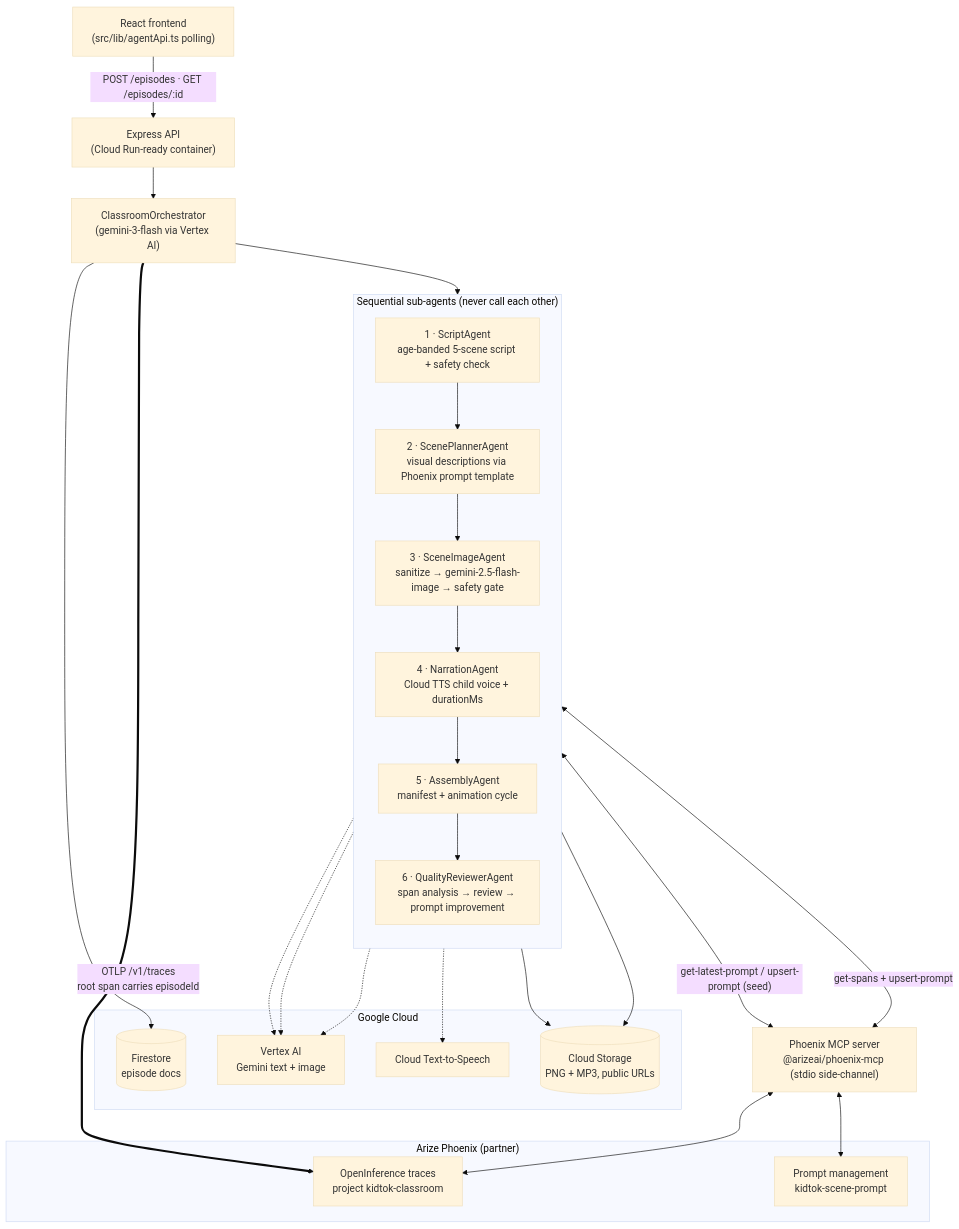
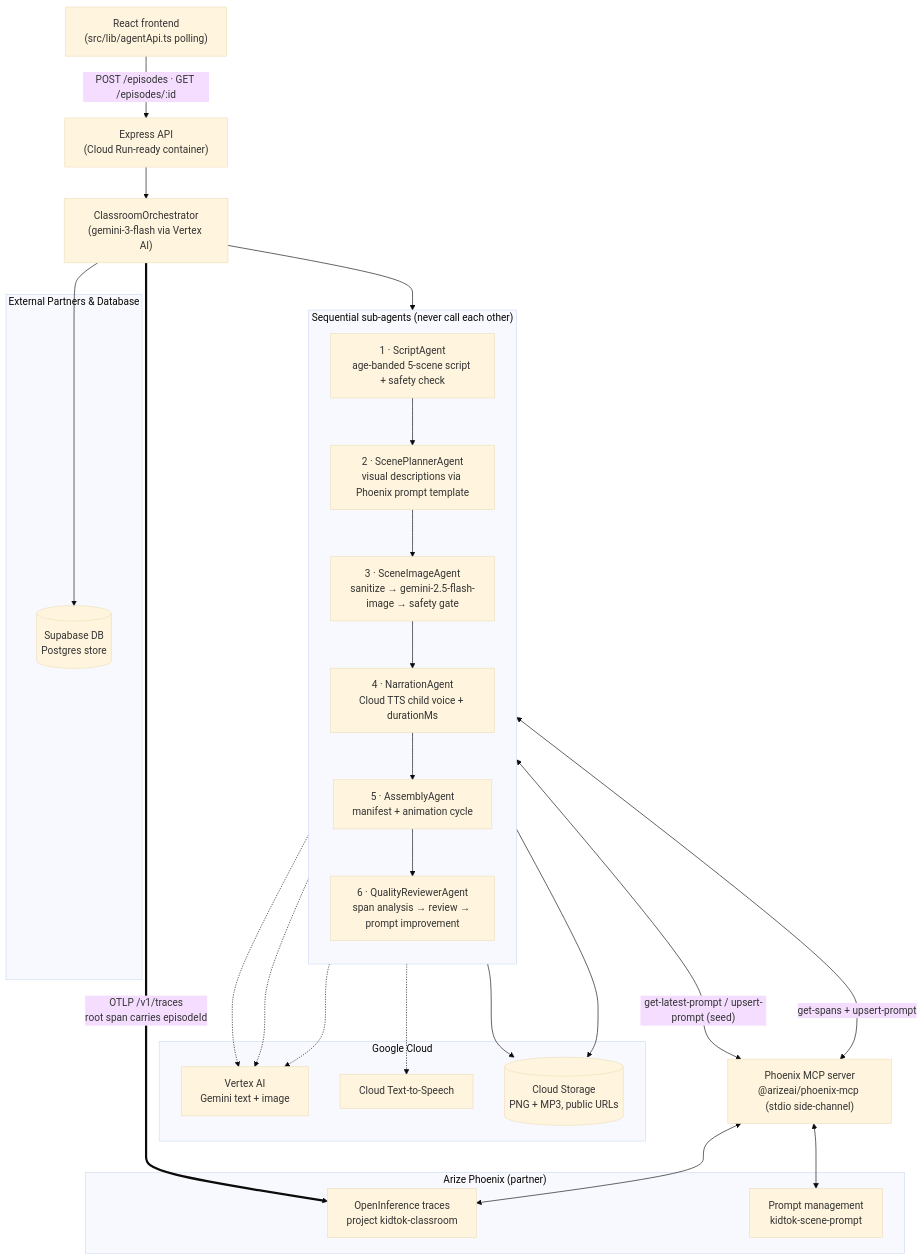
One commit to KidTok-App/kidtok-classroom changed the diagram in README.md. Above: the diagram before and after it, drawn with Mermaid (base theme). The commit also changed other lines of this file and 3 other files, not shown here.

````diff
--- a/README.md
+++ b/README.md
@@ -61,45 +61,48 @@
 ```mermaid
 flowchart TB
     FE["React frontend<br/>(src/lib/agentApi.ts polling)"] -->|"POST /episodes · GET /episodes/:id"| API["Express API<br/>(Cloud Run-ready container)"]
     API --> ORCH["ClassroomOrchestrator<br/>(gemini-3-flash via Vertex AI)"]
 
     subgraph PIPELINE["Sequential sub-agents (never call each other)"]
         direction TB
         A1["1 · ScriptAgent<br/>age-banded 5-scene script + safety check"]
         A2["2 · ScenePlannerAgent<br/>visual descriptions via Phoenix prompt template"]
         A3["3 · SceneImageAgent<br/>sanitize → gemini-2.5-flash-image → safety gate"]
         A4["4 · NarrationAgent<br/>Cloud TTS child voice + durationMs"]
         A5["5 · AssemblyAgent<br/>manifest + animation cycle"]
         A6["6 · QualityReviewerAgent<br/>span analysis → review → prompt improvement"]
         A1 --> A2 --> A3 --> A4 --> A5 --> A6
     end
 
     ORCH --> PIPELINE
 
     subgraph GOOGLE["Google Cloud"]
         VERTEX["Vertex AI<br/>Gemini text + image"]
         TTS["Cloud Text-to-Speech"]
-        FS[("Firestore<br/>episode docs")]
         GCS[("Cloud Storage<br/>PNG + MP3, public URLs")]
+    end
+
+    subgraph PARTNERS["External Partners & Database"]
+        SB[("Supabase DB<br/>Postgres store")]
     end
 
     A1 -.-> VERTEX
     A2 -.-> VERTEX
     A3 -.-> VERTEX
     A4 -.-> TTS
-    ORCH --> FS
+    ORCH --> SB
     A3 --> GCS
     A4 --> GCS
 
     subgraph PHOENIX["Arize Phoenix (partner)"]
         TRACES["OpenInference traces<br/>project kidtok-classroom"]
         PROMPTS["Prompt management<br/>kidtok-scene-prompt"]
     end
 
     ORCH ==>|"OTLP /v1/traces<br/>root span carries episodeId"| TRACES
     MCP["Phoenix MCP server<br/>@arizeai/phoenix-mcp (stdio side-channel)"]
     A2 <-->|"get-latest-prompt / upsert-prompt (seed)"| MCP
     A6 <-->|"get-spans + upsert-prompt"| MCP
     MCP <--> TRACES
     MCP <--> PROMPTS
 ```
````
